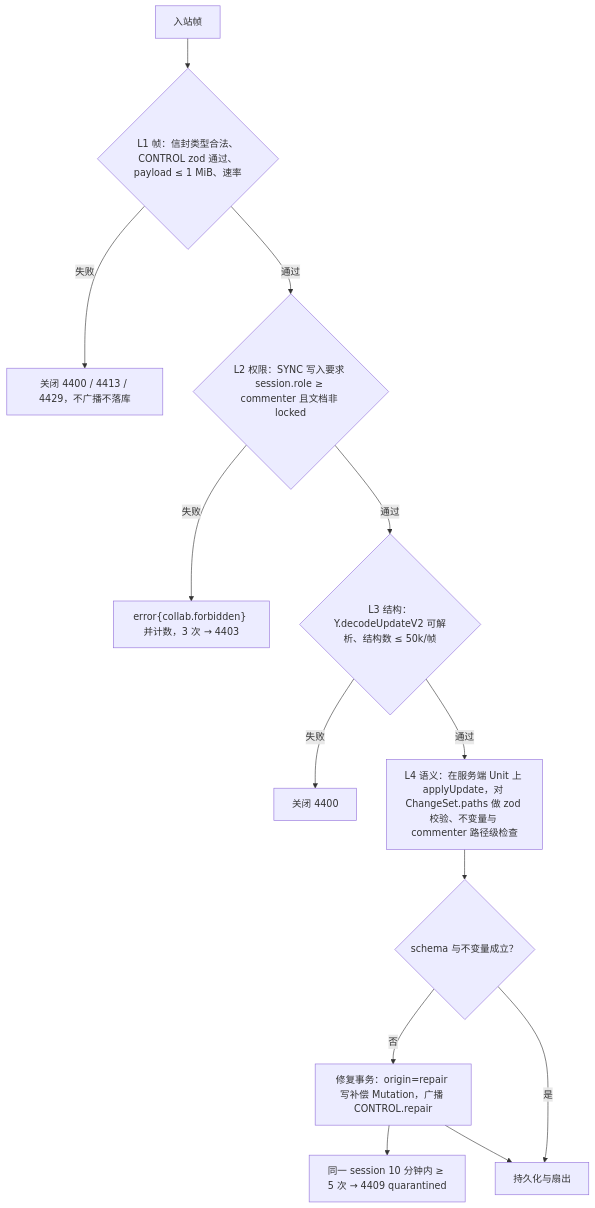
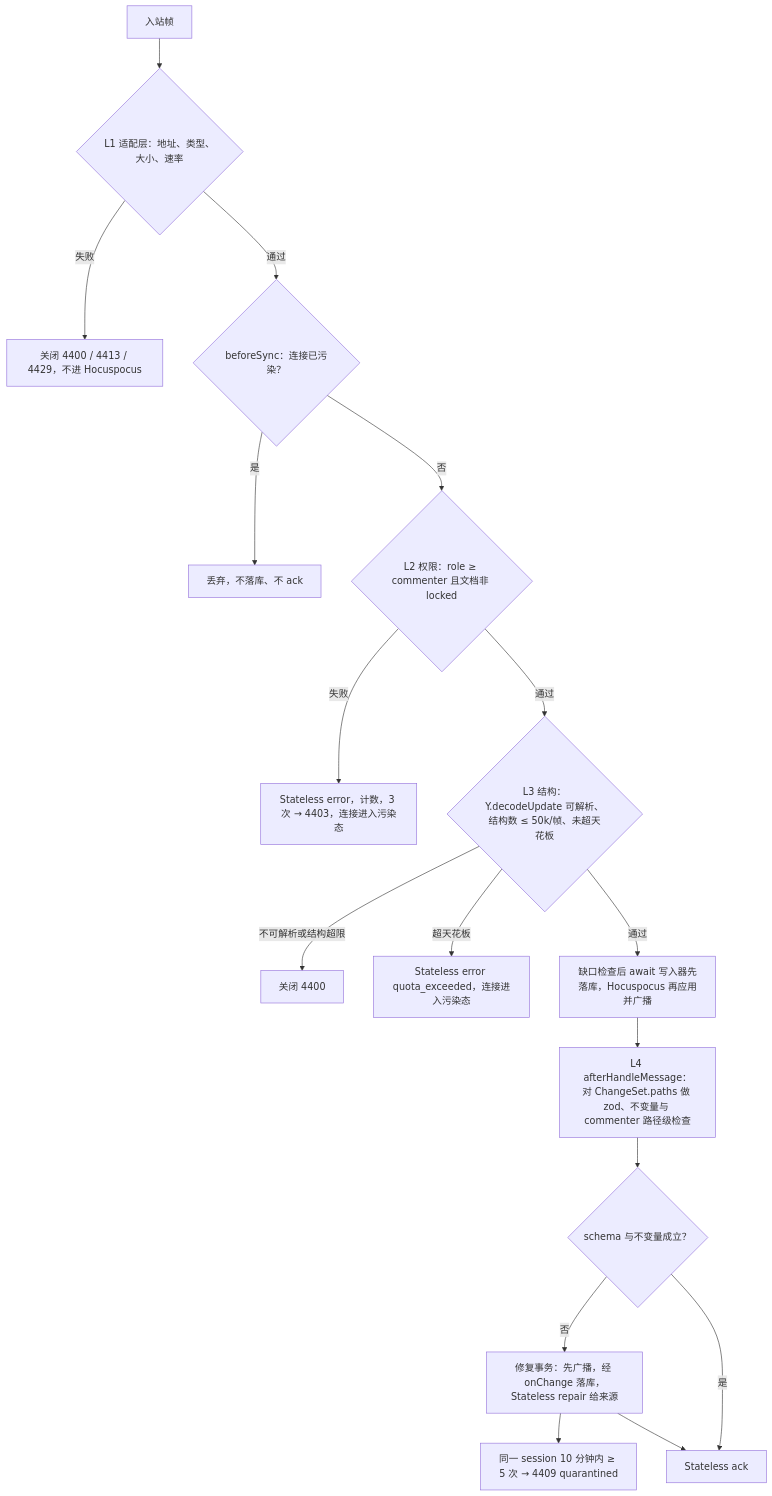
Before and after one commit to Xeonice/cordis-ppt-editor: diagram 13 of 15 in docs/30-architecture/06-collaboration.md, drawn with Mermaid. The commit also changed other lines of this file and 78 other files, not shown here.

````diff
--- a/docs/30-architecture/06-collaboration.md
+++ b/docs/30-architecture/06-collaboration.md
@@ -927,15 +951,19 @@
 ```mermaid
 flowchart TB
-  frame["入站帧"] --> l1{"L1 帧：信封类型合法、CONTROL zod 通过、payload ≤ 1 MiB、速率"}
-  l1 -- "失败" --> l1f["关闭 4400 / 4413 / 4429，不广播不落库"]
-  l1 -- "通过" --> l2{"L2 权限：SYNC 写入要求 session.role ≥ commenter 且文档非 locked"}
-  l2 -- "失败" --> l2f["error{collab.forbidden} 并计数，3 次 → 4403"]
-  l2 -- "通过" --> l3{"L3 结构：Y.decodeUpdateV2 可解析、结构数 ≤ 50k/帧"}
-  l3 -- "失败" --> l3f["关闭 4400"]
-  l3 -- "通过" --> l4["L4 语义：在服务端 Unit 上 applyUpdate，对 ChangeSet.paths 做 zod 校验、不变量与 commenter 路径级检查"]
+  frame["入站帧"] --> l1{"L1 适配层：地址、类型、大小、速率"}
+  l1 -- "失败" --> l1f["关闭 4400 / 4413 / 4429，不进 Hocuspocus"]
+  l1 -- "通过" --> dirty{"beforeSync：连接已污染？"}
+  dirty -- "是" --> drop["丢弃，不落库、不 ack"]
+  dirty -- "否" --> l2{"L2 权限：role ≥ commenter 且文档非 locked"}
+  l2 -- "失败" --> l2f["Stateless error，计数，3 次 → 4403，连接进入污染态"]
+  l2 -- "通过" --> l3{"L3 结构：Y.decodeUpdate 可解析、结构数 ≤ 50k/帧、未超天花板"}
+  l3 -- "不可解析或结构超限" --> l3f["关闭 4400"]
+  l3 -- "超天花板" --> l3q["Stateless error quota_exceeded，连接进入污染态"]
+  l3 -- "通过" --> persist["缺口检查后 await 写入器先落库，Hocuspocus 再应用并广播"]
+  persist --> l4["L4 afterHandleMessage：对 ChangeSet.paths 做 zod、不变量与 commenter 路径级检查"]
   l4 --> ok{"schema 与不变量成立？"}
-  ok -- "否" --> repair["修复事务：origin=repair 写补偿 Mutation，广播 CONTROL.repair"]
+  ok -- "否" --> repair["修复事务：先广播，经 onChange 落库，Stateless repair 给来源"]
   repair --> quarantine["同一 session 10 分钟内 ≥ 5 次 → 4409 quarantined"]
-  ok -- "是" --> persist["持久化与扇出"]
-  repair --> persist
+  ok -- "是" --> ack["Stateless ack"]
+  repair --> ack
 ```
````
